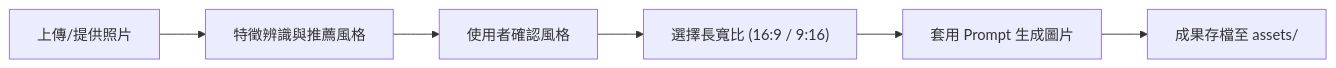
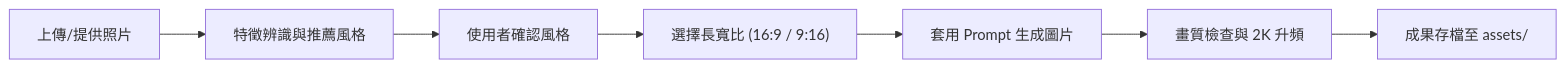
Before and after one commit to erniesu8090-beep/picture_style_change: the diagram in README.md, drawn with Mermaid. The commit also changed other lines of this file and 13 other files, not shown here.

````diff
--- a/README.md
+++ b/README.md
@@ -35,8 +35,9 @@
 ```mermaid
 flowchart LR
     A["上傳/提供照片"] --> B["特徵辨識與推薦風格"]
     B --> C["使用者確認風格"]
     C --> D["選擇長寬比 (16:9 / 9:16)"]
     D --> E["套用 Prompt 生成圖片"]
-    E --> F["成果存檔至 assets/"]
+    E --> F["畫質檢查與 2K 升頻"]
+    F --> G["成果存檔至 assets/"]
 ```
````
